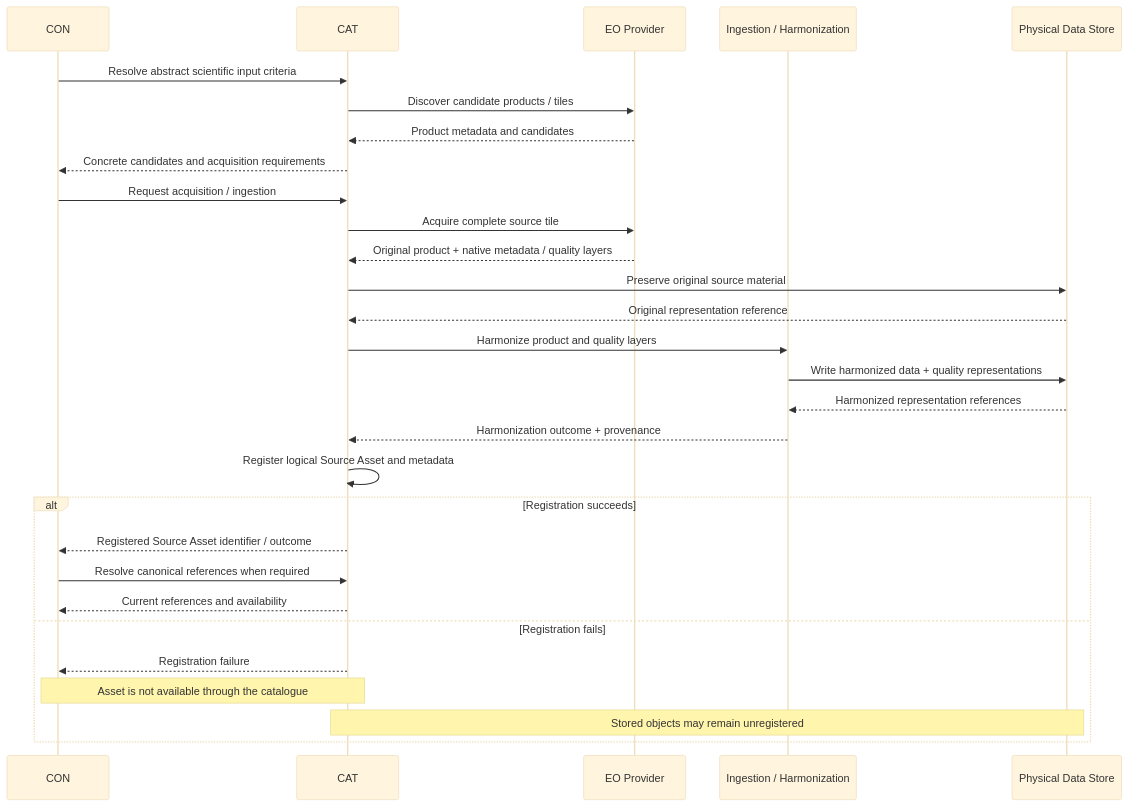
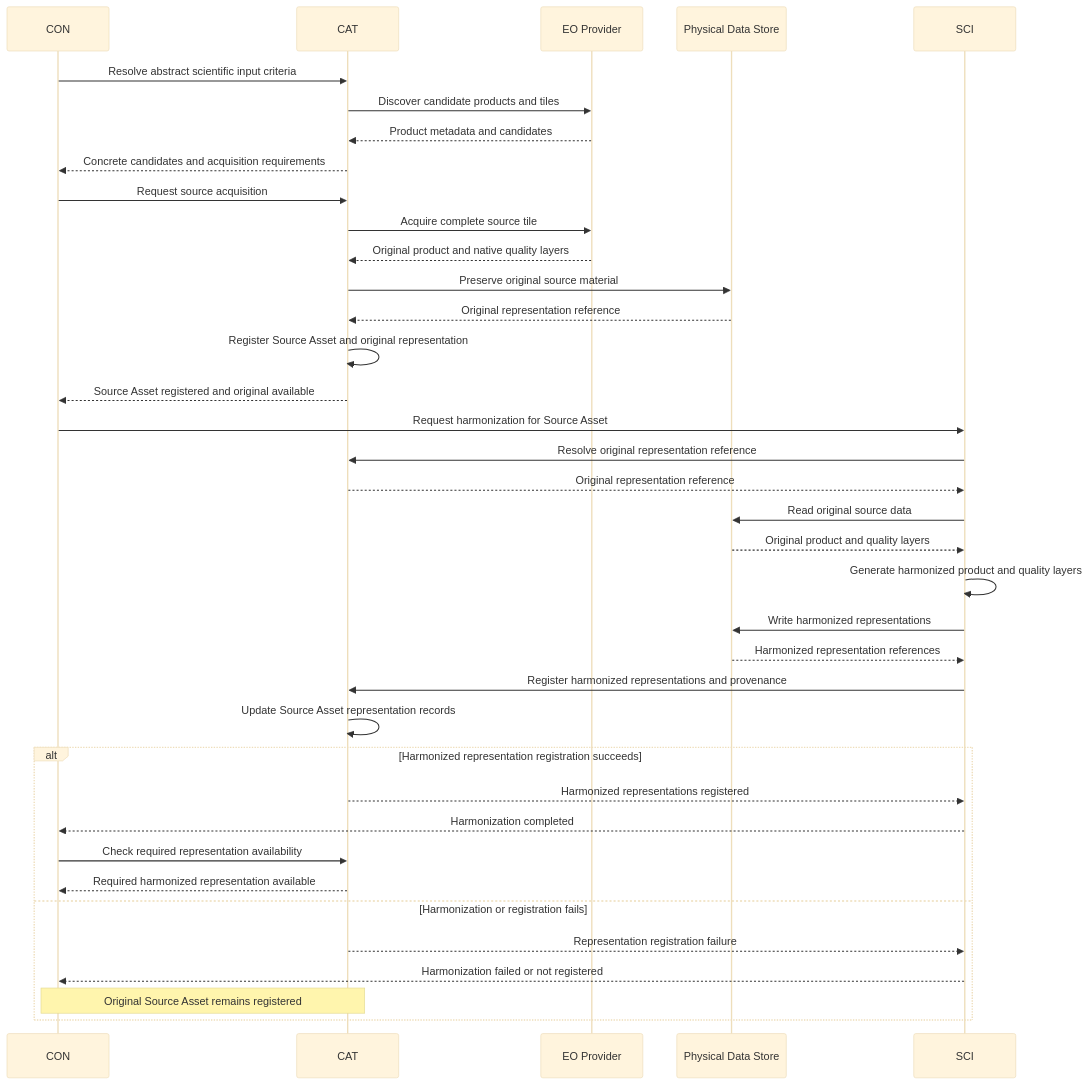
The second of 3 diagrams in documentation/architecture/catalogue-responsibilities.md (arnaudsomville/MEOGAP), drawn with Mermaid (base theme) before and after one commit. The commit also changed other lines of this file, not shown here.

Commit message:
docs(architecture): assign source harmonization to SCI

````diff
--- a/documentation/architecture/catalogue-responsibilities.md
+++ b/documentation/architecture/catalogue-responsibilities.md
@@ -234,32 +246,41 @@
 ```mermaid
 sequenceDiagram
     participant CON
     participant CAT
     participant Provider as EO Provider
-    participant Harmonizer as Ingestion / Harmonization
     participant Store as Physical Data Store
+    participant SCI
 
     CON->>CAT: Resolve abstract scientific input criteria
-    CAT->>Provider: Discover candidate products / tiles
+    CAT->>Provider: Discover candidate products and tiles
     Provider-->>CAT: Product metadata and candidates
     CAT-->>CON: Concrete candidates and acquisition requirements
-    CON->>CAT: Request acquisition / ingestion
+    CON->>CAT: Request source acquisition
     CAT->>Provider: Acquire complete source tile
-    Provider-->>CAT: Original product + native metadata / quality layers
+    Provider-->>CAT: Original product and native quality layers
     CAT->>Store: Preserve original source material
     Store-->>CAT: Original representation reference
-    CAT->>Harmonizer: Harmonize product and quality layers
-    Harmonizer->>Store: Write harmonized data + quality representations
-    Store-->>Harmonizer: Harmonized representation references
-    Harmonizer-->>CAT: Harmonization outcome + provenance
-    CAT->>CAT: Register logical Source Asset and metadata
-    alt Registration succeeds
-      CAT-->>CON: Registered Source Asset identifier / outcome
-      CON->>CAT: Resolve canonical references when required
-      CAT-->>CON: Current references and availability
-    else Registration fails
-      CAT-->>CON: Registration failure
-      Note over CAT,CON: Asset is not available through the catalogue
-      Note over CAT,Store: Stored objects may remain unregistered
+    CAT->>CAT: Register Source Asset and original representation
+    CAT-->>CON: Source Asset registered and original available
+
+    CON->>SCI: Request harmonization for Source Asset
+    SCI->>CAT: Resolve original representation reference
+    CAT-->>SCI: Original representation reference
+    SCI->>Store: Read original source data
+    Store-->>SCI: Original product and quality layers
+    SCI->>SCI: Generate harmonized product and quality layers
+    SCI->>Store: Write harmonized representations
+    Store-->>SCI: Harmonized representation references
+    SCI->>CAT: Register harmonized representations and provenance
+    CAT->>CAT: Update Source Asset representation records
+    alt Harmonized representation registration succeeds
+      CAT-->>SCI: Harmonized representations registered
+      SCI-->>CON: Harmonization completed
+      CON->>CAT: Check required representation availability
+      CAT-->>CON: Required harmonized representation available
+    else Harmonization or registration fails
+      CAT-->>SCI: Representation registration failure
+      SCI-->>CON: Harmonization failed or not registered
+      Note over CAT,CON: Original Source Asset remains registered
     end
 ```
````
